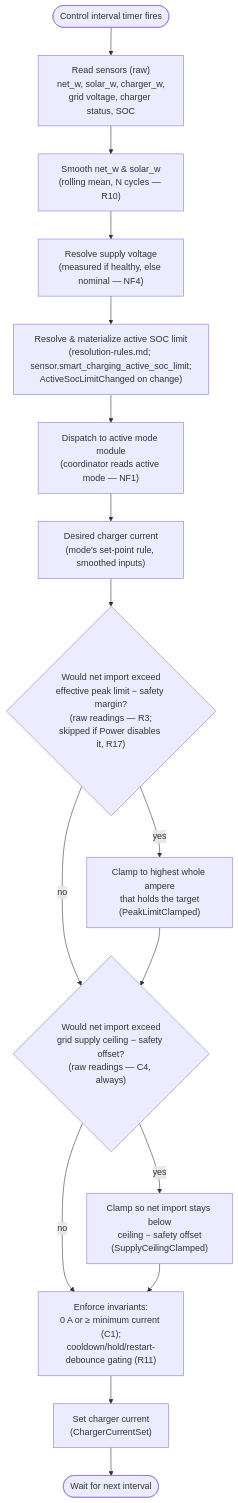
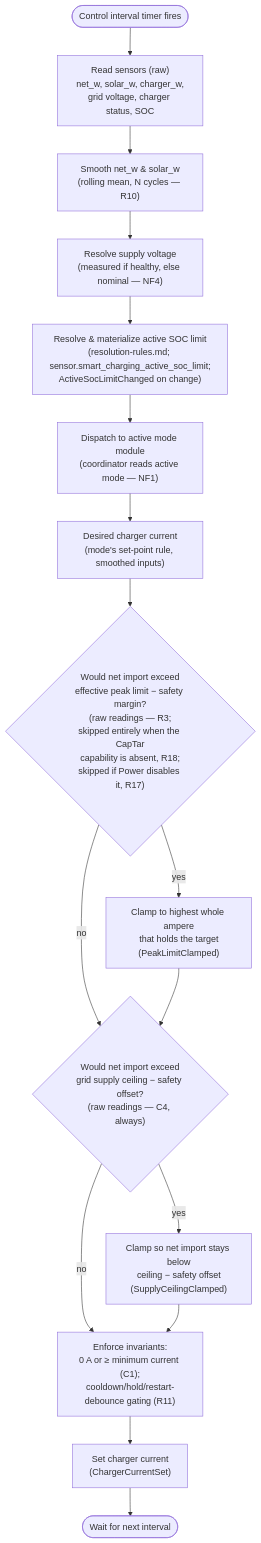
One commit to kristofdegrave/homeassistant-smart-charging changed the diagram in docs/analysis/control-cycle.md. Above: the diagram before and after it, drawn with Mermaid. The commit also changed other lines of this file and 6 other files, not shown here.

First line of the commit message:
docs: peak protection does not run without the CapTar capability

````diff
--- a/docs/analysis/control-cycle.md
+++ b/docs/analysis/control-cycle.md
@@ -58,18 +60,18 @@
 ```mermaid
 flowchart TD
     Timer(["Control interval timer fires"]) --> Read["Read sensors (raw)<br/>net_w, solar_w, charger_w,<br/>grid voltage, charger status, SOC"]
     Read --> Smooth["Smooth net_w & solar_w<br/>(rolling mean, N cycles — R10)"]
     Smooth --> Volt["Resolve supply voltage<br/>(measured if healthy, else nominal — NF4)"]
     Volt --> SocLimit["Resolve & materialize active SOC limit<br/>(resolution-rules.md; sensor.smart_charging_active_soc_limit;<br/>ActiveSocLimitChanged on change)"]
     SocLimit --> Dispatch["Dispatch to active mode module<br/>(coordinator reads active mode — NF1)"]
     Dispatch --> Desired["Desired charger current<br/>(mode's set-point rule, smoothed inputs)"]
-    Desired --> Peak{"Would net import exceed<br/>effective peak limit − safety margin?<br/>(raw readings — R3;<br/>skipped if Power disables it, R17)"}
+    Desired --> Peak{"Would net import exceed<br/>effective peak limit − safety margin?<br/>(raw readings — R3;<br/>skipped entirely when the CapTar<br/>capability is absent, R18;<br/>skipped if Power disables it, R17)"}
     Peak -->|yes| Clamp["Clamp to highest whole ampere<br/>that holds the target<br/>(PeakLimitClamped)"]
     Peak -->|no| Ceiling
     Clamp --> Ceiling{"Would net import exceed<br/>grid supply ceiling − safety offset?<br/>(raw readings — C4, always)"}
     Ceiling -->|yes| CeilingClamp["Clamp so net import stays below<br/>ceiling − safety offset<br/>(SupplyCeilingClamped)"]
     Ceiling -->|no| Invariant
     CeilingClamp --> Invariant["Enforce invariants:<br/>0 A or ≥ minimum current (C1);<br/>cooldown/hold/restart-debounce gating (R11)"]
     Invariant --> Set["Set charger current<br/>(ChargerCurrentSet)"]
     Set --> Wait(["Wait for next interval"])
 ```
````
